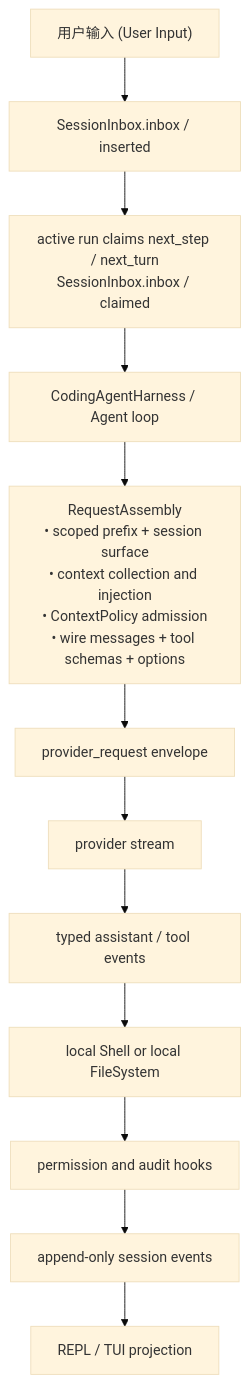
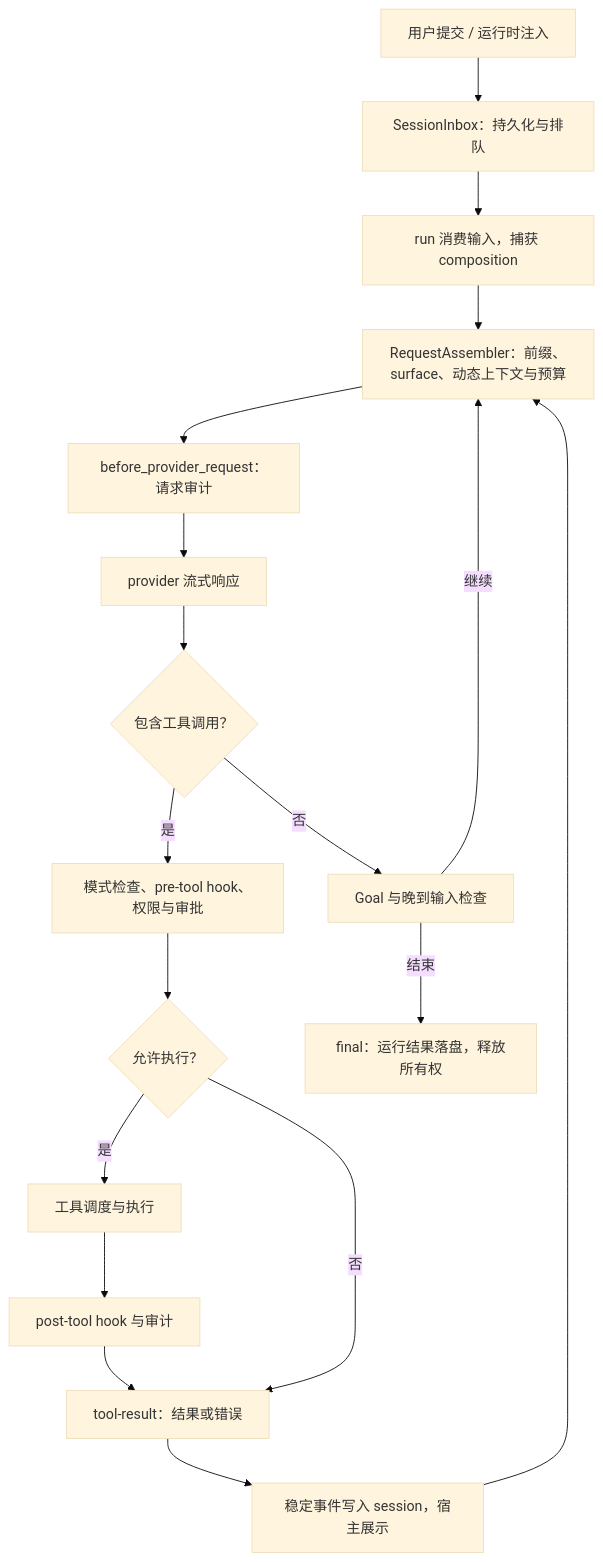
One commit to reddishJade/cade changed the diagram in docs/architecture.md. Above: the diagram before and after it, drawn with Mermaid (base theme). The commit also changed other lines of this file and 13 other files, not shown here.

Commit message:
docs: correct architecture and consolidate Memory guides

````diff
--- a/docs/architecture.md
+++ b/docs/architecture.md
@@ -56,14 +46,20 @@
 ```mermaid
 flowchart TD
-    UserInput["用户输入 (User Input)"] --> Inserted["SessionInbox.inbox / inserted"]
-    Inserted --> Claimed["active run claims next_step / next_turn<br/>SessionInbox.inbox / claimed"]
-    Claimed --> Harness["CodingAgentHarness / Agent loop"]
-    Harness --> Assembly["RequestAssembly<br/>• scoped prefix + session surface<br/>• context collection and injection<br/>• ContextPolicy admission<br/>• wire messages + tool schemas + options"]
-    Assembly --> Envelope["provider_request envelope"]
-    Envelope --> Stream["provider stream"]
-    Stream --> Events["typed assistant / tool events"]
-    Events --> LocalExec["local Shell or local FileSystem"]
-    LocalExec --> Hooks["permission and audit hooks"]
-    Hooks --> SessionEvents["append-only session events"]
-    SessionEvents --> UI["REPL / TUI projection"]
+    Input["用户提交 / 运行时注入"] --> Inbox["SessionInbox：持久化与排队"]
+    Inbox --> Claim["run 消费输入，捕获 composition"]
+    Claim --> Assemble["RequestAssembler：前缀、surface、动态上下文与预算"]
+    Assemble --> Audit["before_provider_request：请求审计"]
+    Audit --> Provider["provider 流式响应"]
+    Provider --> Calls{"包含工具调用？"}
+    Calls -->|是| Gate["模式检查、pre-tool hook、权限与审批"]
+    Gate --> Allowed{"允许执行？"}
+    Allowed -->|是| Tools["工具调度与执行"]
+    Tools --> Post["post-tool hook 与审计"]
+    Post --> Results["tool-result：结果或错误"]
+    Allowed -->|否| Results
+    Results --> Record["稳定事件写入 session，宿主展示"]
+    Record --> Assemble
+    Calls -->|否| Finish["Goal 与晚到输入检查"]
+    Finish -->|继续| Assemble
+    Finish -->|结束| Final["final：运行结果落盘，释放所有权"]
 ```
````
